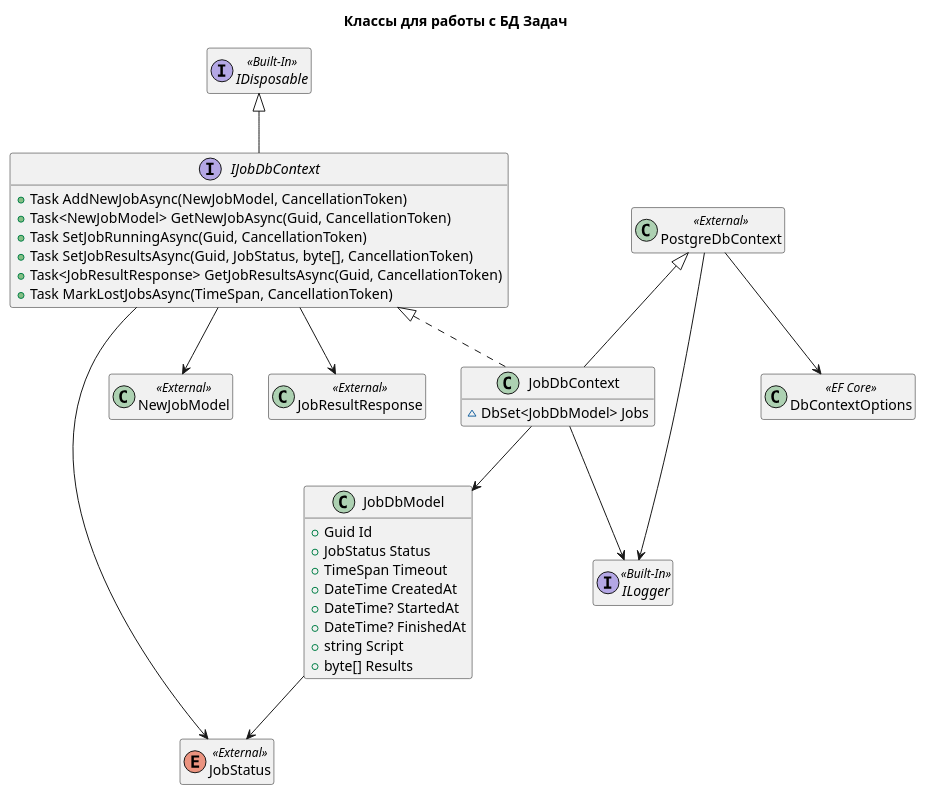
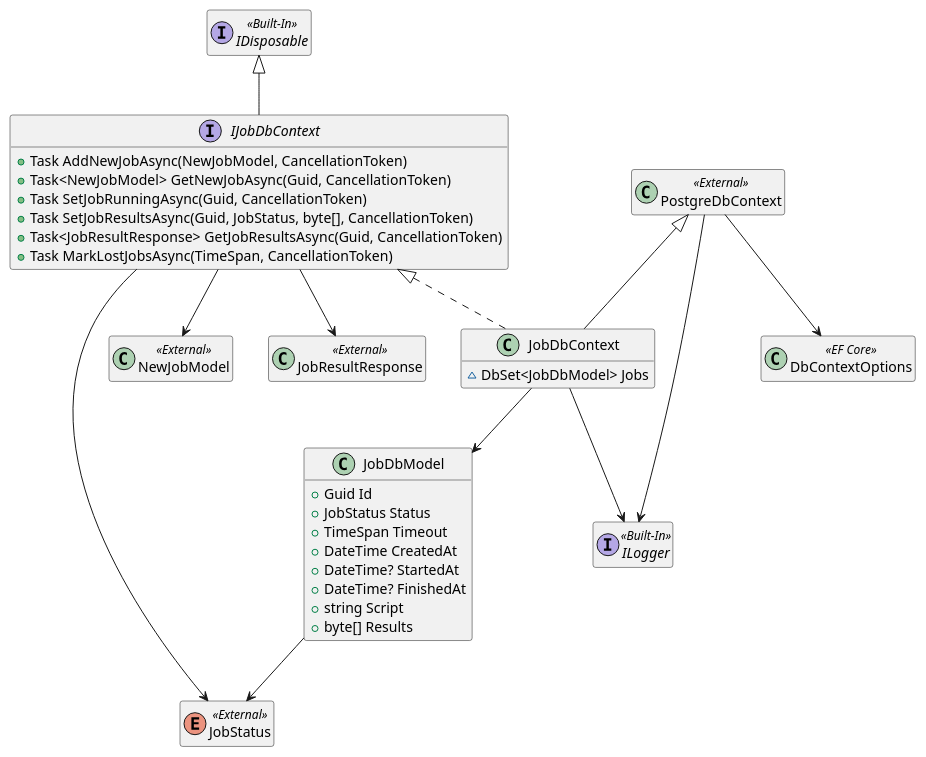
The diagram in docs/diagrams/classes/Job.Database.puml (mrypdm/JobSystem), drawn with PlantUML before and after one commit. The commit also changed 19 other files, not shown here.

```diff
--- a/docs/diagrams/classes/Job.Database.puml
+++ b/docs/diagrams/classes/Job.Database.puml
@@ -1,54 +1,52 @@
 @startuml Job.Database classes
 hide empty members
-
-title Классы для работы с БД Задач
 
 interface IDisposable << Built-In >>
 interface ILogger << Built-In >>
 
 enum JobStatus << External >>
 class NewJobModel << External >>
 class JobResultResponse << External >>
 
 class DbContextOptions << EF Core >>
 class PostgreDbContext << External >>
 PostgreDbContext --> DbContextOptions
 PostgreDbContext --> ILogger
 
 class JobDbModel
 {
     +Guid Id
     +JobStatus Status
     +TimeSpan Timeout
     +DateTime CreatedAt
     +DateTime? StartedAt
     +DateTime? FinishedAt
     +string Script
     +byte[] Results
 }
 JobDbModel --> JobStatus
 
 interface IJobDbContext
 {
     +Task AddNewJobAsync(NewJobModel, CancellationToken)
     +Task<NewJobModel> GetNewJobAsync(Guid, CancellationToken)
     +Task SetJobRunningAsync(Guid, CancellationToken)
     +Task SetJobResultsAsync(Guid, JobStatus, byte[], CancellationToken)
     +Task<JobResultResponse> GetJobResultsAsync(Guid, CancellationToken)
     +Task MarkLostJobsAsync(TimeSpan, CancellationToken)
 }
 IDisposable <|-- IJobDbContext
 IJobDbContext --> NewJobModel
 IJobDbContext --> JobResultResponse
 IJobDbContext --> JobStatus
 
 class JobDbContext
 {
     ~DbSet<JobDbModel> Jobs
 }
 IJobDbContext <|.. JobDbContext
 PostgreDbContext <|-- JobDbContext
 JobDbContext --> JobDbModel
 JobDbContext --> ILogger
 
 @enduml
```
